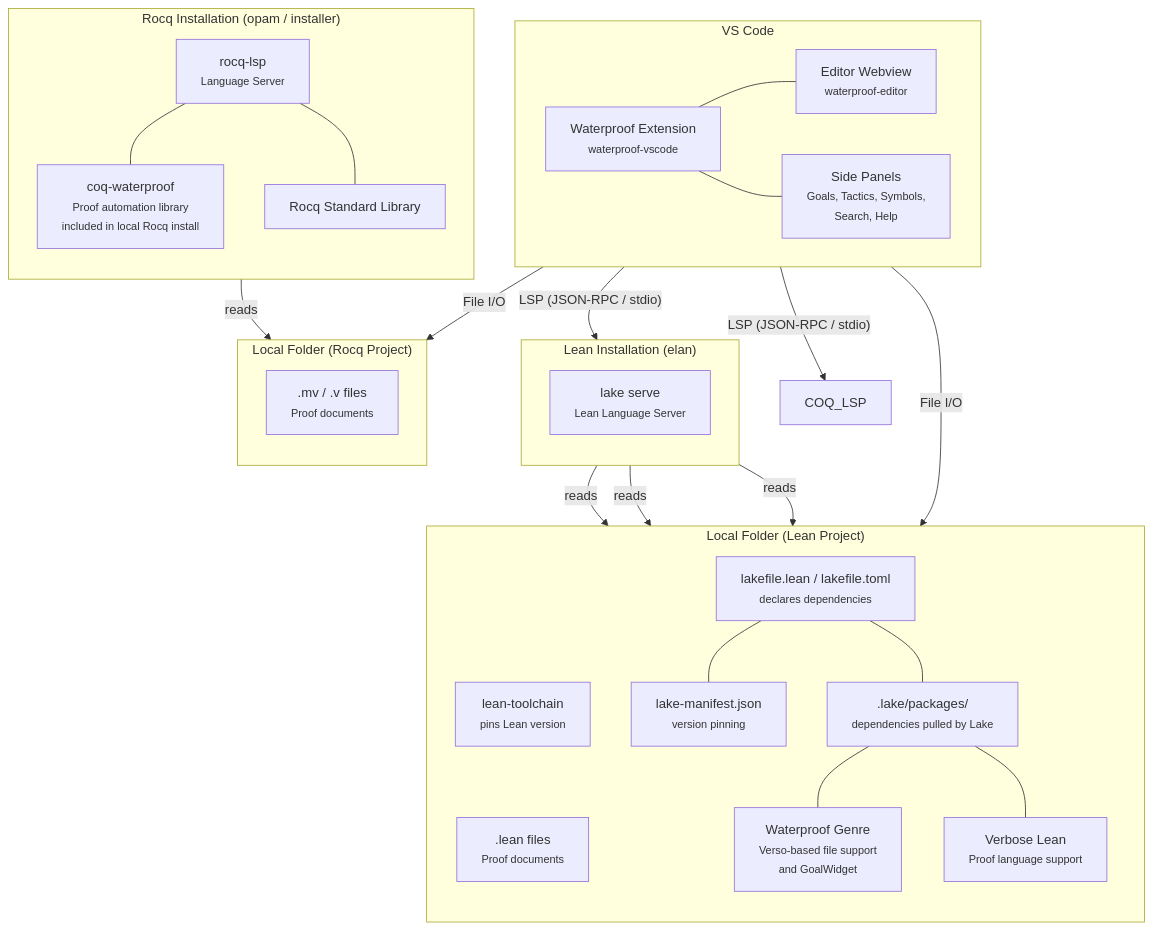
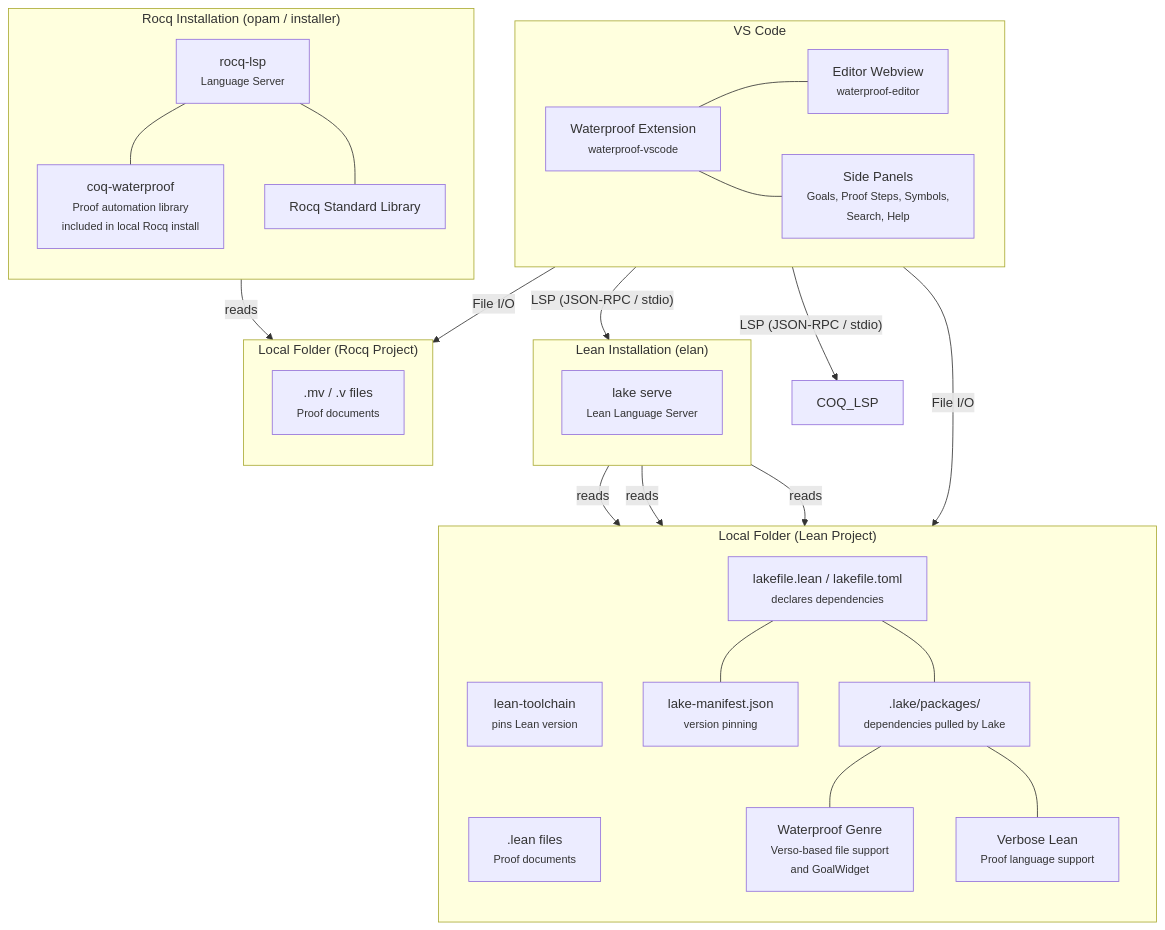
One commit to impermeable/waterproof-vscode changed the second of 2 diagrams in developer-resources/architecture.md. Above: the diagram before and after it, drawn with Mermaid. The commit also changed other lines of this file and 5 other files, not shown here.

````diff
--- a/developer-resources/architecture.md
+++ b/developer-resources/architecture.md
@@ -94,64 +94,64 @@
 ```mermaid
 graph TB
     subgraph "VS Code"
         direction LR
         WP_EXT["Waterproof Extension<br/><small>waterproof-vscode</small>"]
         EDITOR_WV["Editor Webview<br/><small>waterproof-editor</small>"]
-        SIDE_PANELS["Side Panels<br/><small>Goals, Tactics, Symbols,<br/>Search, Help</small>"]
+        SIDE_PANELS["Side Panels<br/><small>Goals, Proof Steps, Symbols,<br/>Search, Help</small>"]
 
         WP_EXT --- EDITOR_WV
         WP_EXT --- SIDE_PANELS
     end
 
     subgraph "Rocq Installation (opam / installer)"
         direction TB
         ROCQ_LSP["rocq-lsp<br/><small>Language Server</small>"]
         COQ_WP["coq-waterproof<br/><small>Proof automation library<br/>included in local Rocq install</small>"]
         COQ_STDLIB["Rocq Standard Library"]
 
         ROCQ_LSP --- COQ_WP
         ROCQ_LSP --- COQ_STDLIB
     end
 
     subgraph "Lean Installation (elan)"
         direction TB
         LEAN_LSP["lake serve<br/><small>Lean Language Server</small>"]
     end
 
     subgraph "Local Folder (Rocq Project)"
         direction TB
         MV_FILES[".mv / .v files<br/><small>Proof documents</small>"]
     end
 
     subgraph "Local Folder (Lean Project)"
         direction TB
         LEAN_FILES[".lean files<br/><small>Proof documents</small>"]
         LAKE_CFG["lakefile.lean / lakefile.toml<br/><small>declares dependencies</small>"]
         LAKE_MANIFEST["lake-manifest.json<br/><small>version pinning</small>"]
         LAKE_PKGS[".lake/packages/<br/><small>dependencies pulled by Lake</small>"]
         WP_GENRE["Waterproof Genre<br/><small>Verso-based file support<br/>and GoalWidget</small>"]
         VERBOSE_LEAN["Verbose Lean<br/><small>Proof language support</small>"]
 
         LEAN_TOOLCHAIN["lean-toolchain<br/><small>pins Lean version</small>"]
 
         LAKE_CFG --- LAKE_PKGS
         LAKE_CFG --- LAKE_MANIFEST
         LAKE_PKGS --- WP_GENRE
         LAKE_PKGS --- VERBOSE_LEAN
     end
 
     WP_EXT -- "LSP (JSON-RPC / stdio)" --> COQ_LSP
     WP_EXT -- "LSP (JSON-RPC / stdio)" --> LEAN_LSP
     ROCQ_LSP -- "reads" --> MV_FILES
     LEAN_LSP -- "reads" --> LEAN_FILES
     LEAN_LSP -- "reads" --> LAKE_CFG
     LEAN_LSP -- "reads" --> LEAN_TOOLCHAIN
     WP_EXT -- "File I/O" --> MV_FILES
     WP_EXT -- "File I/O" --> LEAN_FILES
 
     %% Force vertical layout: VS Code above installations, installations above local folders
     EDITOR_WV ~~~ COQ_LSP
     SIDE_PANELS ~~~ LEAN_LSP
     COQ_WP ~~~ MV_FILES
     LEAN_TOOLCHAIN ~~~ LEAN_FILES
 ```
````
